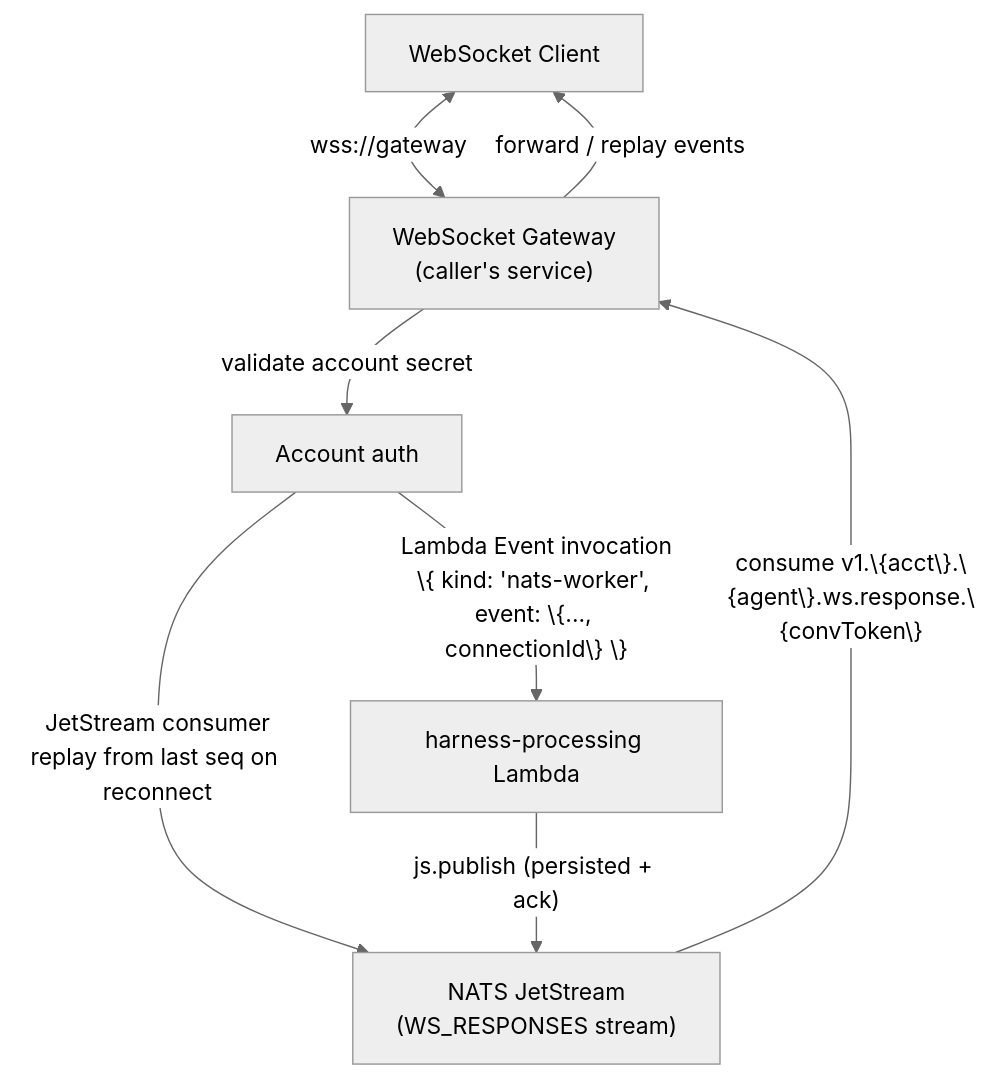
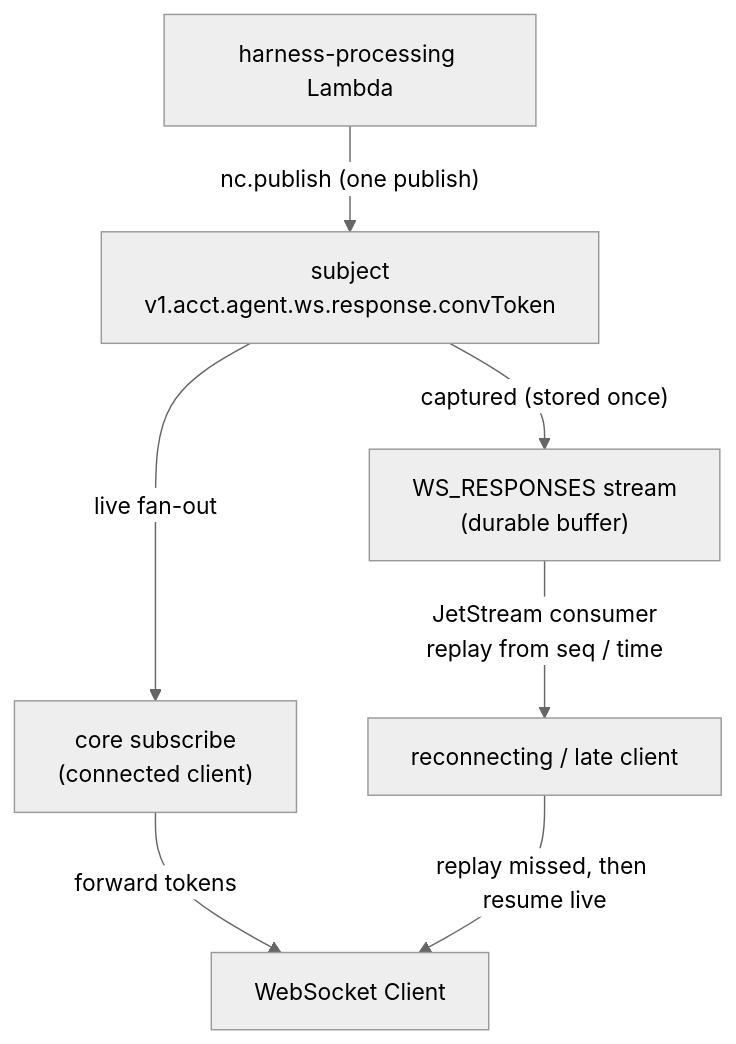
Before and after one commit to beeblastco/broods: the ninth of 11 diagrams in docs/architecture.md, drawn with Mermaid (neutral theme). The commit also changed other lines of this file and 12 other files, not shown here.

````diff
--- a/docs/architecture.md
+++ b/docs/architecture.md
@@ -235,10 +235,9 @@
 ```mermaid
 flowchart TD
-  Client["WebSocket Client"] <-->|"wss://gateway"| GW["WebSocket Gateway<br/>(caller's service)"]
-  GW -->|"validate account secret"| Auth["Account auth"]
-  Auth -->|"JetStream consumer<br/>replay from last seq on reconnect"| NATS["NATS JetStream<br/>(WS_RESPONSES stream)"]
-  Auth -->|"Lambda Event invocation<br/>\{ kind: 'nats-worker', event: \{..., connectionId\} \}"| Harness["harness-processing Lambda"]
-  Harness -->|"js.publish (persisted + ack)"| NATS
-  NATS -->|"consume v1.\{acct\}.\{agent\}.ws.response.\{convToken\}"| GW
-  GW -->|"forward / replay events"| Client
+  Harness["harness-processing Lambda"] -->|"nc.publish (one publish)"| Subj["subject<br/>v1.acct.agent.ws.response.convToken"]
+  Subj -->|"live fan-out"| GWlive["core subscribe<br/>(connected client)"]
+  Subj -->|"captured (stored once)"| NATS["WS_RESPONSES stream<br/>(durable buffer)"]
+  NATS -->|"JetStream consumer<br/>replay from seq / time"| GWreplay["reconnecting / late client"]
+  GWlive -->|"forward tokens"| Client["WebSocket Client"]
+  GWreplay -->|"replay missed, then resume live"| Client
 ```
````
